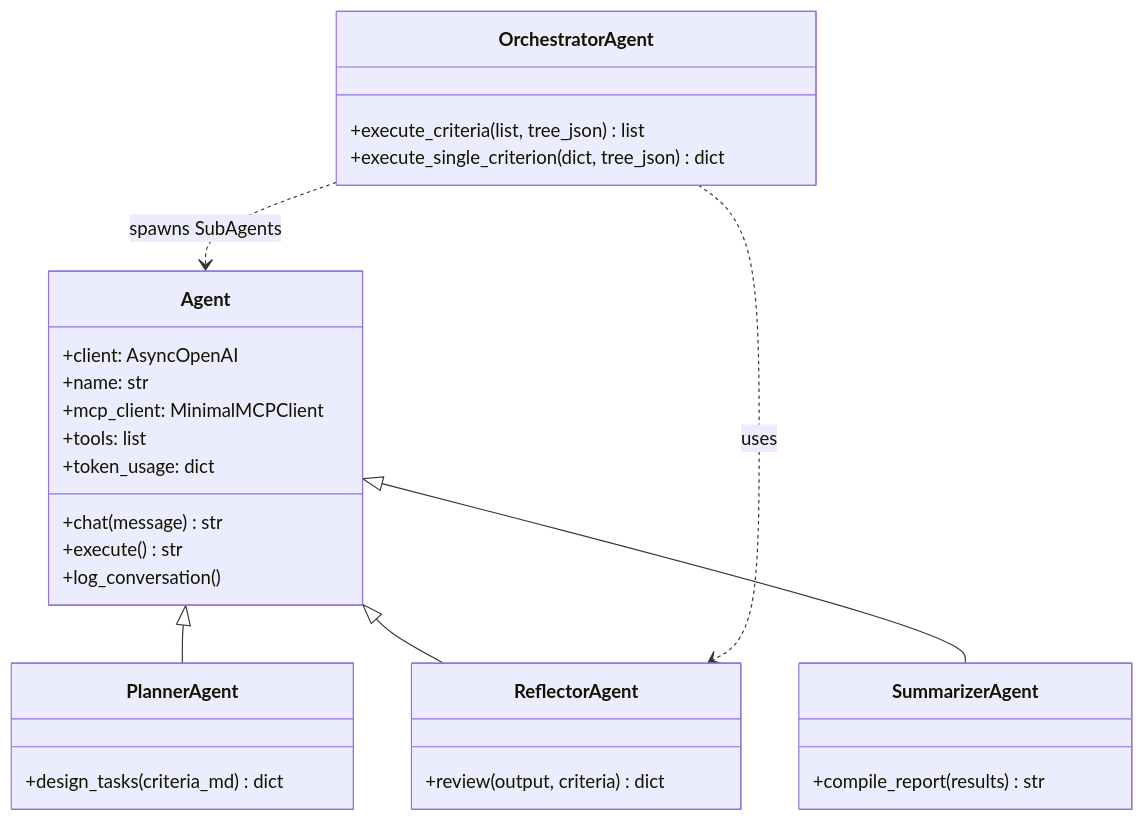
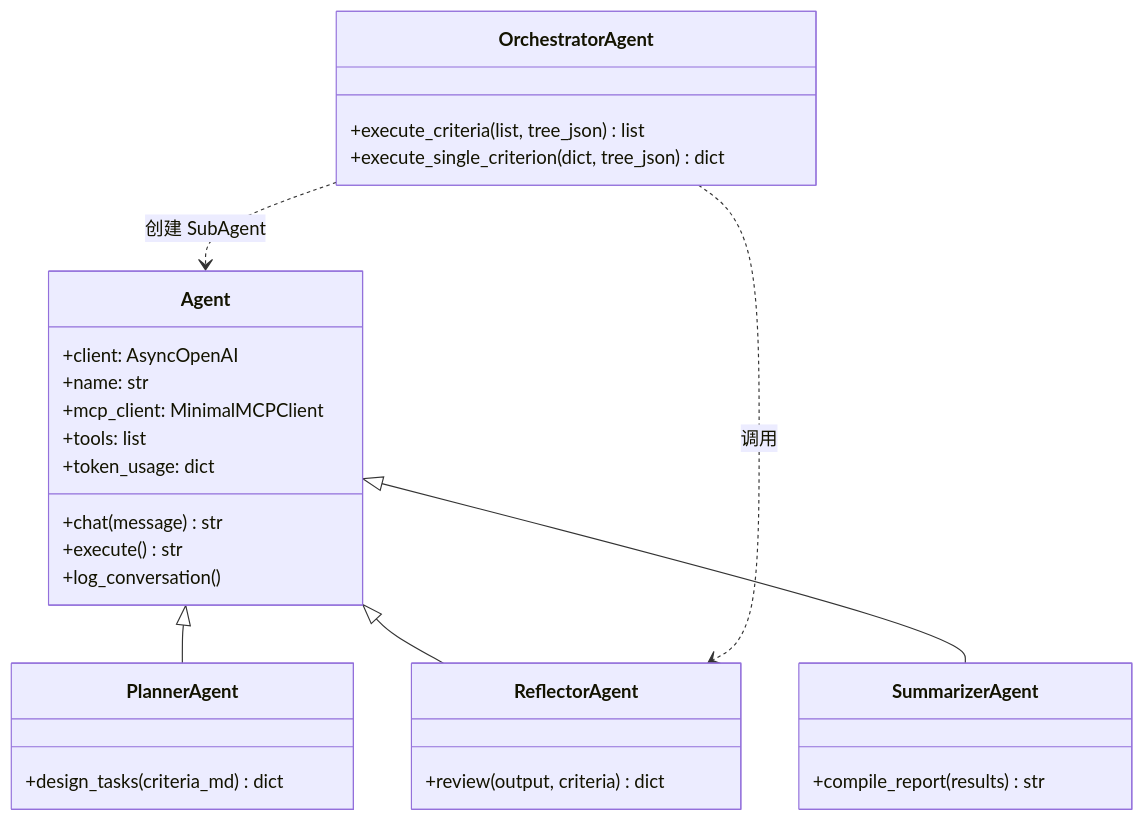
The third of 6 diagrams in project_intro/ARCHITECTURE.md (HoeTee/contract_agent), drawn with Mermaid before and after one commit. The commit also changed other lines of this file and 4571 other files, not shown here.

````diff
--- a/project_intro/ARCHITECTURE.md
+++ b/project_intro/ARCHITECTURE.md
@@ -142,36 +142,36 @@
 ```mermaid
 classDiagram
     class Agent {
         +client: AsyncOpenAI
         +name: str
         +mcp_client: MinimalMCPClient
         +tools: list
         +token_usage: dict
         +chat(message) str
         +execute() str
         +log_conversation()
     }
 
     class PlannerAgent {
         +design_tasks(criteria_md) dict
     }
 
     class OrchestratorAgent {
         +execute_criteria(list, tree_json) list
         +execute_single_criterion(dict, tree_json) dict
     }
 
     class ReflectorAgent {
         +review(output, criteria) dict
     }
 
     class SummarizerAgent {
         +compile_report(results) str
     }
 
     Agent <|-- PlannerAgent
     Agent <|-- ReflectorAgent
     Agent <|-- SummarizerAgent
-    OrchestratorAgent ..> Agent : spawns SubAgents
-    OrchestratorAgent ..> ReflectorAgent : uses
+    OrchestratorAgent ..> Agent : 创建 SubAgent
+    OrchestratorAgent ..> ReflectorAgent : 调用
 ```
````
